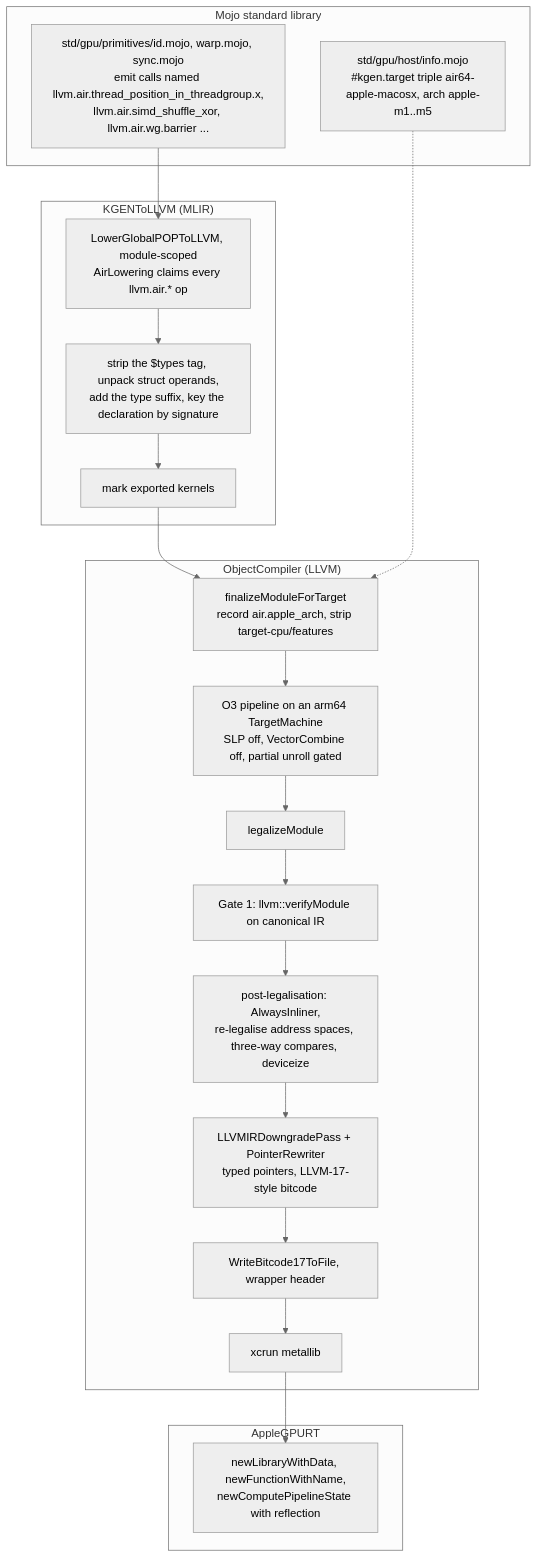
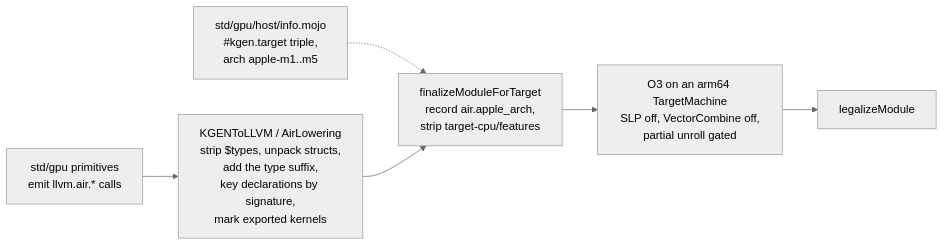
One commit to albanread/MojoCocoa changed the first of 2 diagrams in AirLoweringWalkthrough/02-the-pipeline.md. Above: the diagram before and after it, drawn with Mermaid (neutral theme). The commit also changed other lines of this file and 6 other files, not shown here.

First line of the commit message:
[docs] AirLowering: make the landscape export paginate

````diff
--- a/AirLoweringWalkthrough/02-the-pipeline.md
+++ b/AirLoweringWalkthrough/02-the-pipeline.md
@@ -12,43 +12,16 @@
 ```mermaid
-flowchart TD
-%% @id air-pipeline
-%% @name Every stage from fn to metallib
-%% @node a1 shape=rounded stroke=#14375A stroke_width=2
-%% @node a2 shape=rounded stroke=#14375A stroke_width=2
-%% @node b1 shape=rounded stroke=#14375A stroke_width=2
-%% @node b2 shape=rounded stroke=#14375A stroke_width=2
-%% @node b3 shape=rounded stroke=#14375A stroke_width=2
+flowchart LR
+%% @id air-pipeline-front
+%% @name Front half: Mojo source to a legalised module
+%% @node a1 shape=stadium stroke=#14375A stroke_width=2
+%% @node a2 shape=stadium stroke=#14375A stroke_width=2
+%% @node b shape=rounded stroke=#14375A stroke_width=2
 %% @node c1 shape=rounded stroke=#14375A stroke_width=2
 %% @node c2 shape=rounded stroke=#3F4650 stroke_width=2
 %% @node c3 shape=rounded stroke=#14375A stroke_width=2
-%% @node c4 shape=rounded stroke=#14375A stroke_width=2
-%% @node c5 shape=rounded stroke=#14375A stroke_width=2
-%% @node c6 shape=rounded stroke=#14375A stroke_width=2
-%% @node c7 shape=rounded stroke=#403364 stroke_width=2
-%% @node c8 shape=rounded stroke=#3F4650 stroke_width=2
-%% @node d1 shape=rounded stroke=#0A544E stroke_width=2
-    subgraph FE["Mojo standard library"]
-        a1["std/gpu/primitives/id.mojo, warp.mojo, sync.mojo<br/>emit calls named llvm.air.thread_position_in_threadgroup.x,<br/>llvm.air.simd_shuffle_xor, llvm.air.wg.barrier ..."]
-        a2["std/gpu/host/info.mojo<br/>#kgen.target triple air64-apple-macosx, arch apple-m1..m5"]
-    end
-    subgraph ML["KGENToLLVM (MLIR)"]
-        b1["LowerGlobalPOPToLLVM, module-scoped<br/>AirLowering claims every llvm.air.* op"]
-        b2["strip the $types tag, unpack struct operands,<br/>add the type suffix, key the declaration by signature"]
-        b3["mark exported kernels"]
-    end
-    subgraph OC["ObjectCompiler (LLVM)"]
-        c1["finalizeModuleForTarget<br/>record air.apple_arch, strip target-cpu/features"]
-        c2["O3 pipeline on an arm64 TargetMachine<br/>SLP off, VectorCombine off, partial unroll gated"]
-        c3["legalizeModule"]
-        c4["Gate 1: llvm::verifyModule on canonical IR"]
-        c5["post-legalisation: AlwaysInliner,<br/>re-legalise address spaces, three-way compares, deviceize"]
-        c6["LLVMIRDowngradePass + PointerRewriter<br/>typed pointers, LLVM-17-style bitcode"]
-        c7["WriteBitcode17ToFile, wrapper header"]
-        c8["xcrun metallib"]
-    end
-    subgraph RT["AppleGPURT"]
-        d1["newLibraryWithData, newFunctionWithName,<br/>newComputePipelineState with reflection"]
-    end
-    a1 --> b1 --> b2 --> b3 --> c1 --> c2 --> c3 --> c4 --> c5 --> c6 --> c7 --> c8 --> d1
-    a2 -.-> c1
+    a1["std/gpu primitives<br/>emit llvm.air.* calls"] --> b["KGENToLLVM / AirLowering<br/>strip $types, unpack structs,<br/>add the type suffix,<br/>key declarations by signature,<br/>mark exported kernels"]
+    a2["std/gpu/host/info.mojo<br/>#kgen.target triple,<br/>arch apple-m1..m5"] -.-> c1
+    b --> c1["finalizeModuleForTarget<br/>record air.apple_arch,<br/>strip target-cpu/features"]
+    c1 --> c2["O3 on an arm64 TargetMachine<br/>SLP off, VectorCombine off,<br/>partial unroll gated"]
+    c2 --> c3["legalizeModule"]
 ```
````
